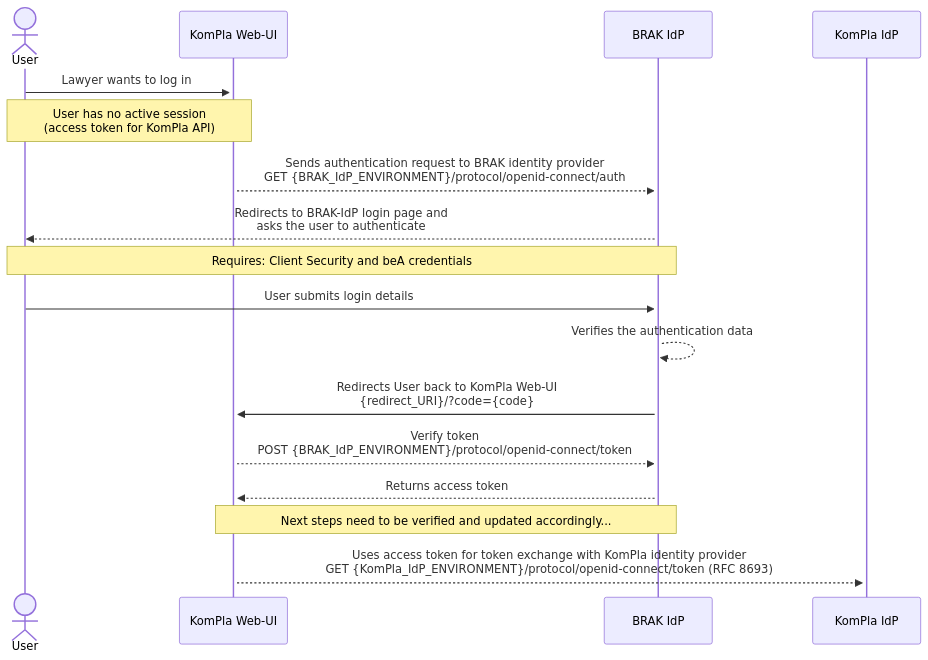
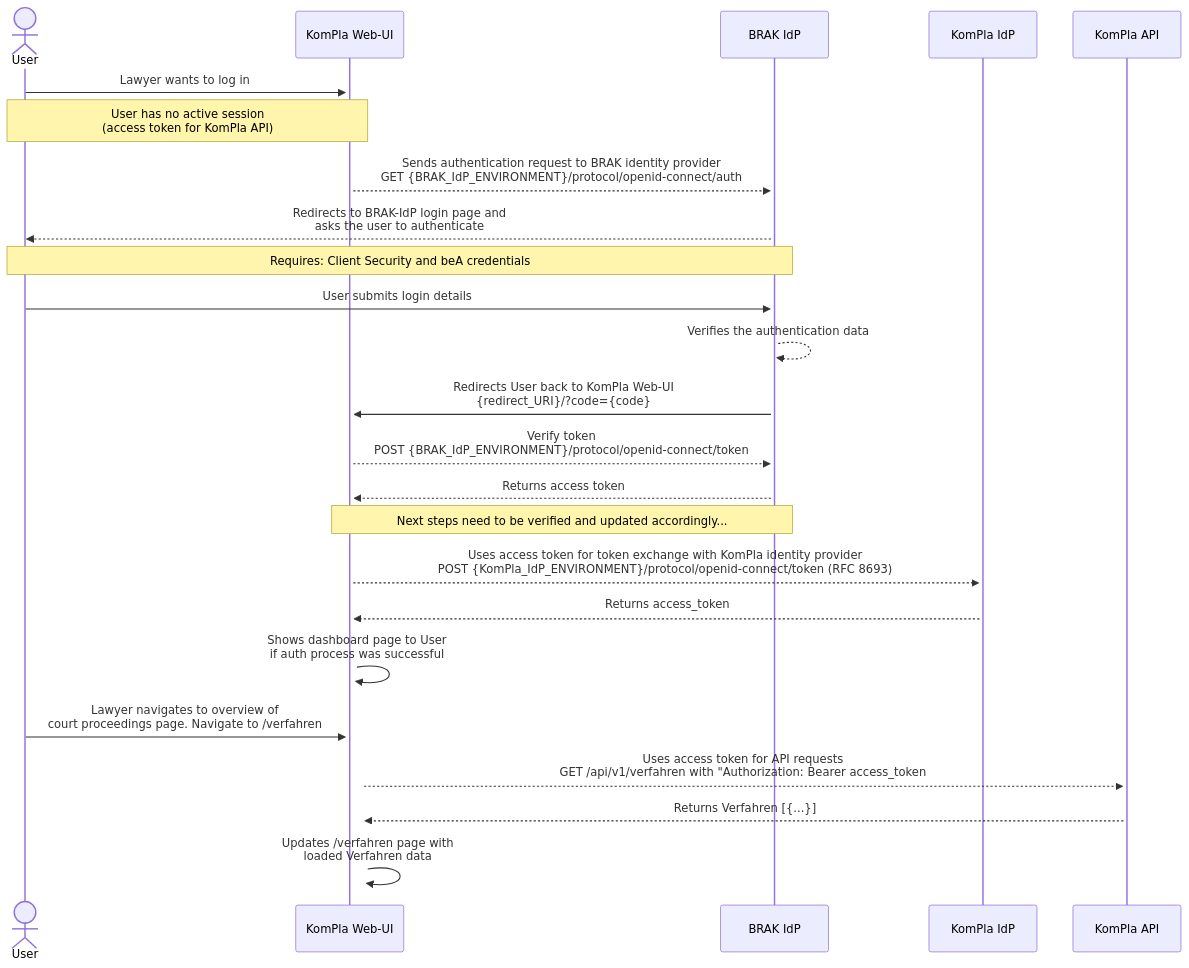
The diagram in doc/architecture-diagrams/identity-provider.md (digitalservicebund/a2j-kommunikationsplattform), drawn with Mermaid before and after one commit. The commit also changed other lines of this file, not shown here.

Commit message:
Update IdP diagram

````diff
--- a/doc/architecture-diagrams/identity-provider.md
+++ b/doc/architecture-diagrams/identity-provider.md
@@ -5,16 +5,22 @@
 ```mermaid
 sequenceDiagram
     actor User
     User->>+KomPla Web-UI: Lawyer wants to log in
     Note over User,KomPla Web-UI: User has no active session<br/>(access token for KomPla API)
     KomPla Web-UI-->>+BRAK IdP: Sends authentication request to BRAK identity provider<br/>GET {BRAK_IdP_ENVIRONMENT}/protocol/openid-connect/auth
     BRAK IdP-->>User: Redirects to BRAK-IdP login page and<br/>asks the user to authenticate
     Note over BRAK IdP,User: Requires: Client Security and beA credentials
     User->>BRAK IdP: User submits login details
     BRAK IdP-->>BRAK IdP: Verifies the authentication data
     BRAK IdP->>KomPla Web-UI: Redirects User back to KomPla Web-UI<br/>{redirect_URI}/?code={code}
     KomPla Web-UI-->>BRAK IdP: Verify token<br/>POST {BRAK_IdP_ENVIRONMENT}/protocol/openid-connect/token
     BRAK IdP-->>KomPla Web-UI: Returns access token
     Note over BRAK IdP,KomPla Web-UI: Next steps need to be verified and updated accordingly...
-    KomPla Web-UI-->>+KomPla IdP: Uses access token for token exchange with KomPla identity provider<br/>GET {KomPla_IdP_ENVIRONMENT}/protocol/openid-connect/token (RFC 8693)
+    KomPla Web-UI-->>+KomPla IdP: Uses access token for token exchange with KomPla identity provider<br/>POST {KomPla_IdP_ENVIRONMENT}/protocol/openid-connect/token (RFC 8693)
+    KomPla IdP-->>+KomPla Web-UI: Returns access_token
+    KomPla Web-UI->>+KomPla Web-UI: Shows dashboard page to User<br/>if auth process was successful
+    User->>+KomPla Web-UI: Lawyer navigates to overview of<br/>court proceedings page. Navigate to /verfahren
+    KomPla Web-UI-->>+KomPla API: Uses access token for API requests<br/>GET /api/v1/verfahren with "Authorization: Bearer access_token
+    KomPla API-->>+KomPla Web-UI: Returns Verfahren [{...}]
+    KomPla Web-UI->>+KomPla Web-UI: Updates /verfahren page with<br/>loaded Verfahren data
 ```
````
